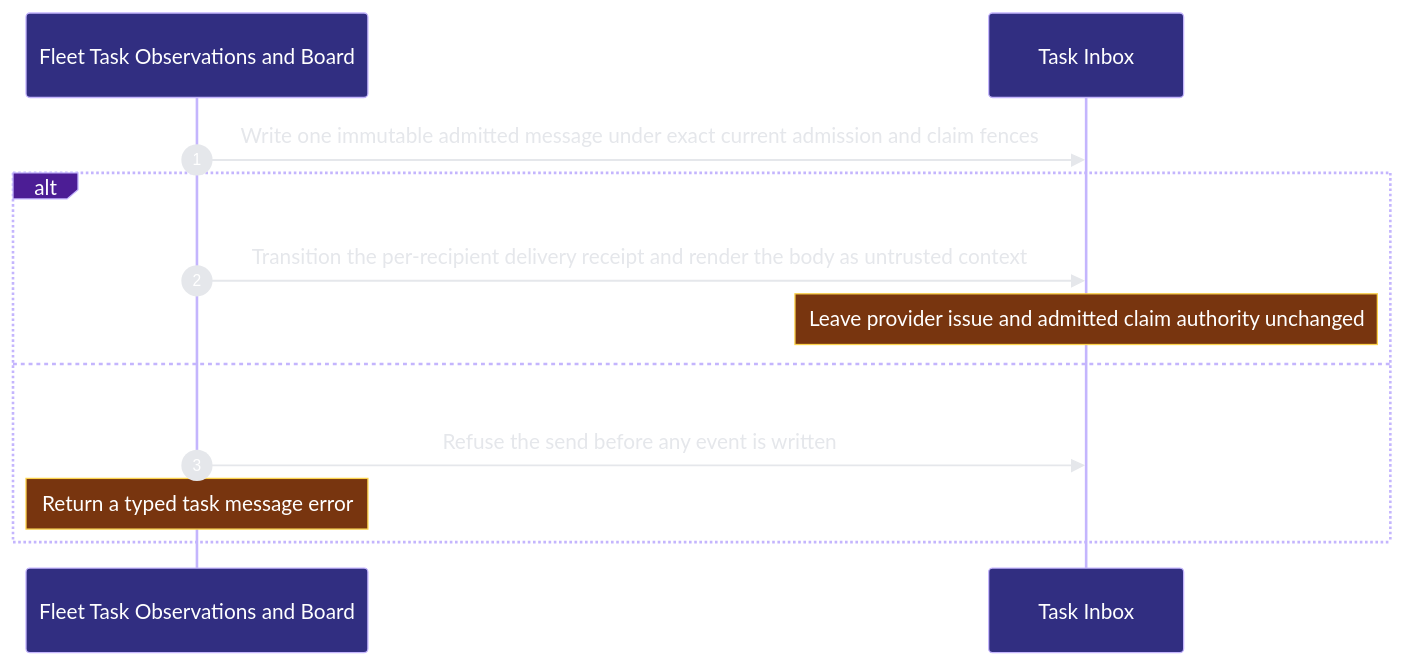
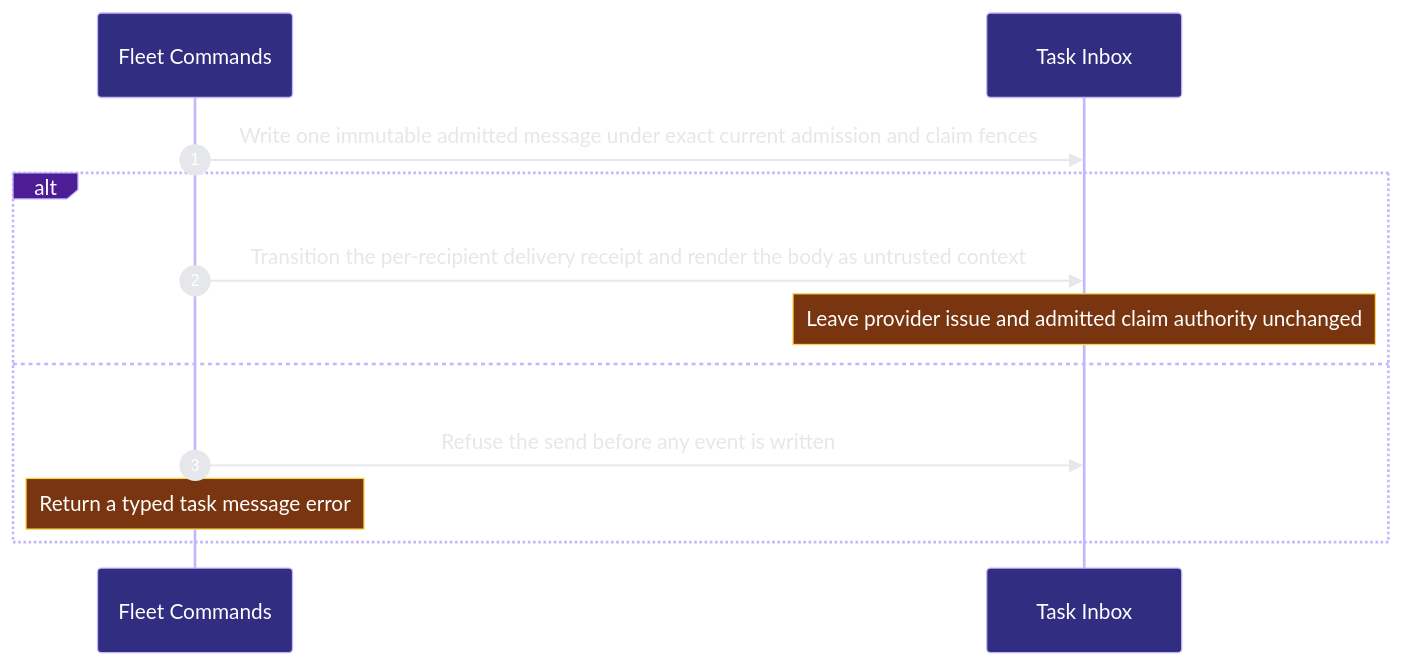
The second of 2 diagrams in docs/architecture/modules/organization/task-fleet.md (Ancienttwo/repo-harness), drawn with Mermaid before and after one commit. The commit also changed other lines of this file and 9 other files, not shown here.

First line of the commit message:
docs(architecture): render the capability docs after #1507 (#1592)

````diff
--- a/docs/architecture/modules/organization/task-fleet.md
+++ b/docs/architecture/modules/organization/task-fleet.md
@@ -105,15 +94,15 @@
 ```mermaid
 %%{init: {"theme":"base","themeVariables":{"background":"#0d1117","actorBkg":"#312e81","actorBorder":"#c4b5fd","actorTextColor":"#ffffff","signalColor":"#e5e7eb","signalTextColor":"#e5e7eb","labelBoxBkgColor":"#4c1d95","labelBoxBorderColor":"#c4b5fd","labelTextColor":"#ffffff","noteBkgColor":"#78350f","noteBorderColor":"#fcd34d","noteTextColor":"#ffffff","sequenceNumberColor":"#ffffff"}}}%%
 sequenceDiagram
   autonumber
-  participant p2_command_015216f4 as Fleet Task Observations and Board
+  participant p2_command_015216f4 as Fleet Commands
   participant p2_inbox_44cb8de0 as Task Inbox
   p2_command_015216f4->>p2_inbox_44cb8de0: Write one immutable admitted message under exact current admission and claim fences
   alt The current recipient receives the message once
   p2_command_015216f4->>p2_inbox_44cb8de0: Transition the per-recipient delivery receipt and render the body as untrusted context
     Note over p2_inbox_44cb8de0: Leave provider issue and admitted claim authority unchanged
   else The selected admission is unavailable or the exact claim scope changed
   p2_command_015216f4->>p2_inbox_44cb8de0: Refuse the send before any event is written
     Note over p2_command_015216f4: Return a typed task message error
   end
 ```
````
